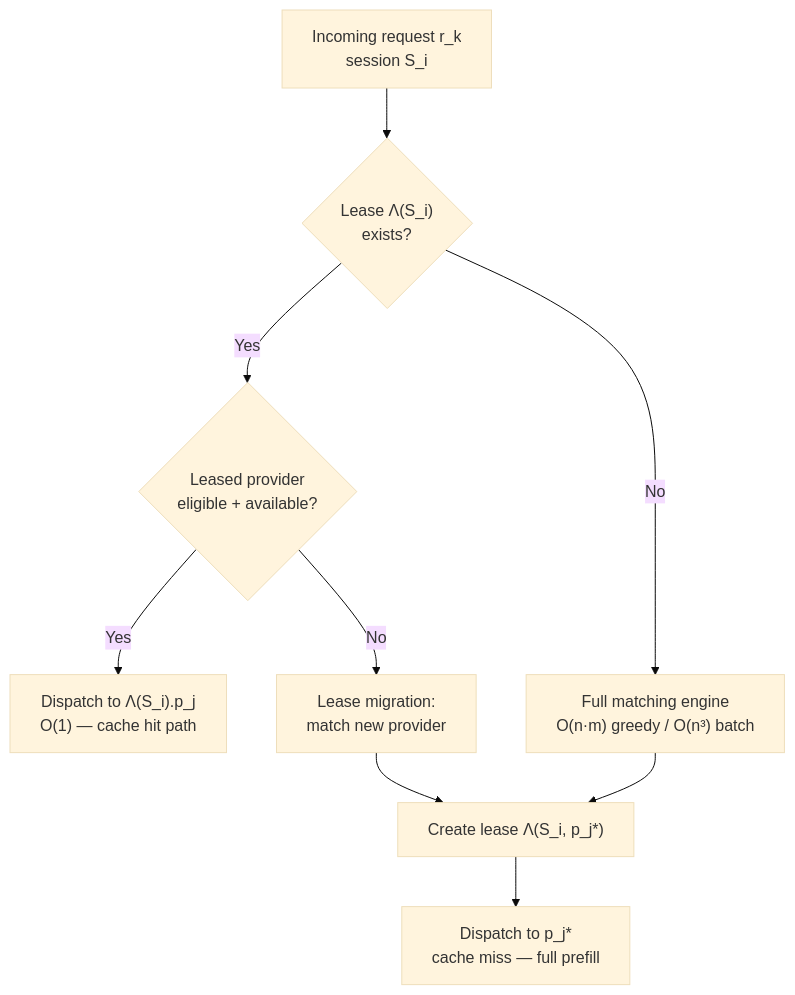
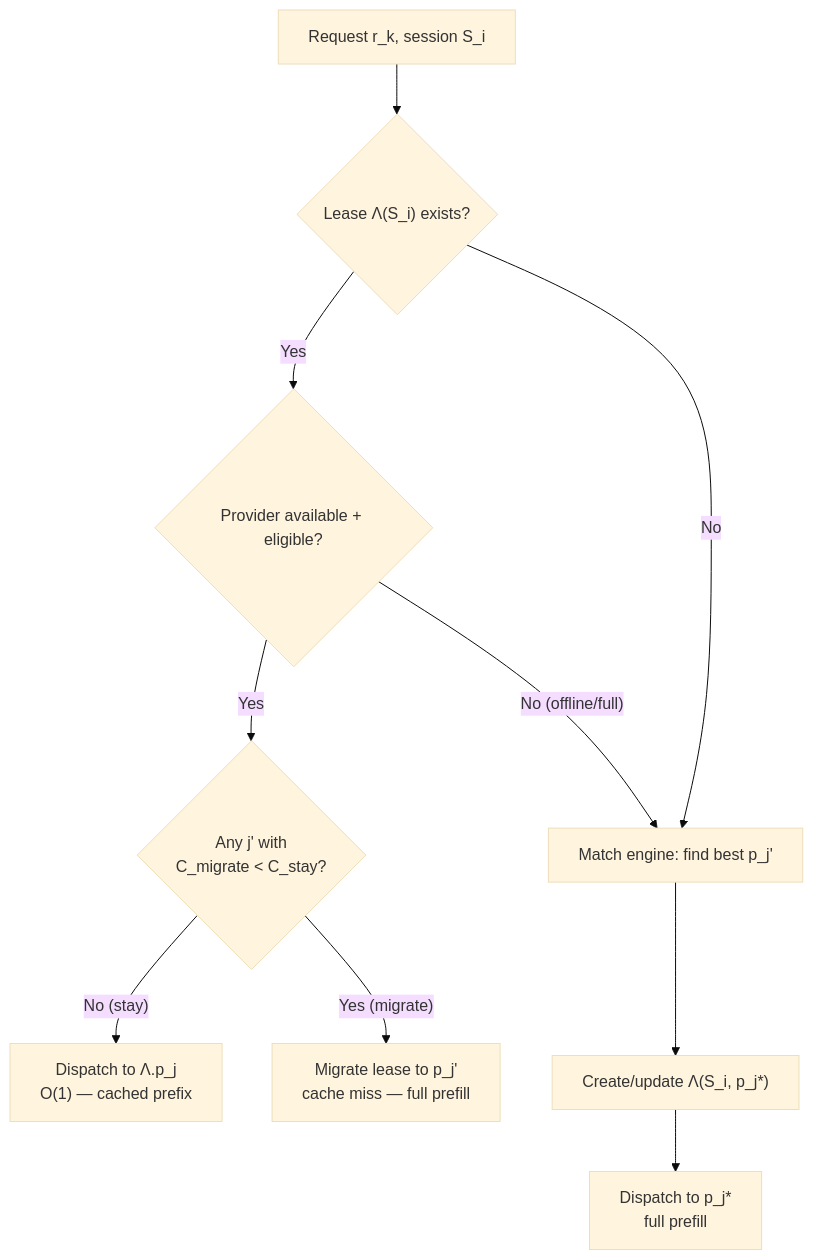
Before and after one commit to qzyu999/inference-exchange: the diagram in docs/formal-model.md, drawn with Mermaid (base theme). The commit also changed other lines of this file, not shown here.

````diff
--- a/docs/formal-model.md
+++ b/docs/formal-model.md
@@ -476,11 +367,12 @@
 ```mermaid
 flowchart TD
-    REQ["Incoming request r_k<br/>session S_i"] --> CHECK{"Lease Λ(S_i)<br/>exists?"}
-    CHECK -->|"Yes"| PROV_OK{"Leased provider<br/>eligible + available?"}
-    PROV_OK -->|"Yes"| DISPATCH["Dispatch to Λ(S_i).p_j<br/>O(1) — cache hit path"]
-    PROV_OK -->|"No"| MIGRATE["Lease migration:<br/>match new provider"]
-    CHECK -->|"No"| MATCH["Full matching engine<br/>O(n·m) greedy / O(n³) batch"]
-    MATCH --> CREATE["Create lease Λ(S_i, p_j*)"]
-    MIGRATE --> CREATE
-    CREATE --> DISPATCH2["Dispatch to p_j*<br/>cache miss — full prefill"]
+    REQ["Request r_k, session S_i"] --> LEASE{"Lease Λ(S_i) exists?"}
+    LEASE -->|"Yes"| AVAIL{"Provider available + eligible?"}
+    AVAIL -->|"Yes"| MIGRATE{"Any j' with<br/>C_migrate < C_stay?"}
+    MIGRATE -->|"No (stay)"| DISPATCH_CACHED["Dispatch to Λ.p_j<br/>O(1) — cached prefix"]
+    MIGRATE -->|"Yes (migrate)"| NEW_LEASE["Migrate lease to p_j'<br/>cache miss — full prefill"]
+    AVAIL -->|"No (offline/full)"| MATCH["Match engine: find best p_j'"]
+    LEASE -->|"No"| MATCH
+    MATCH --> CREATE["Create/update Λ(S_i, p_j*)"]
+    CREATE --> DISPATCH_FRESH["Dispatch to p_j*<br/>full prefill"]
 ```
````
